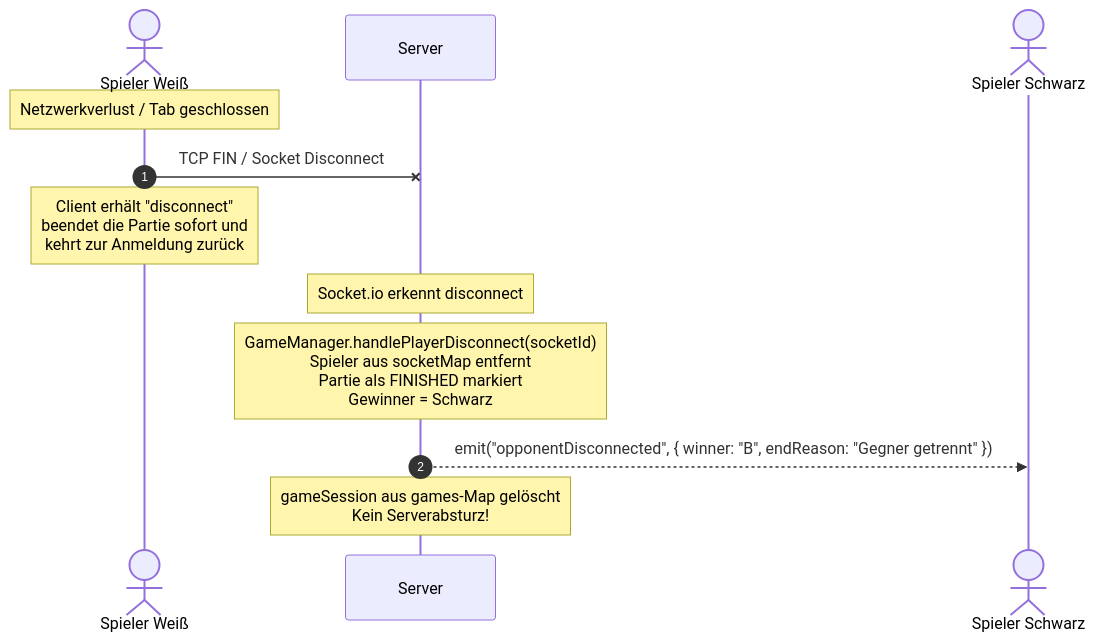
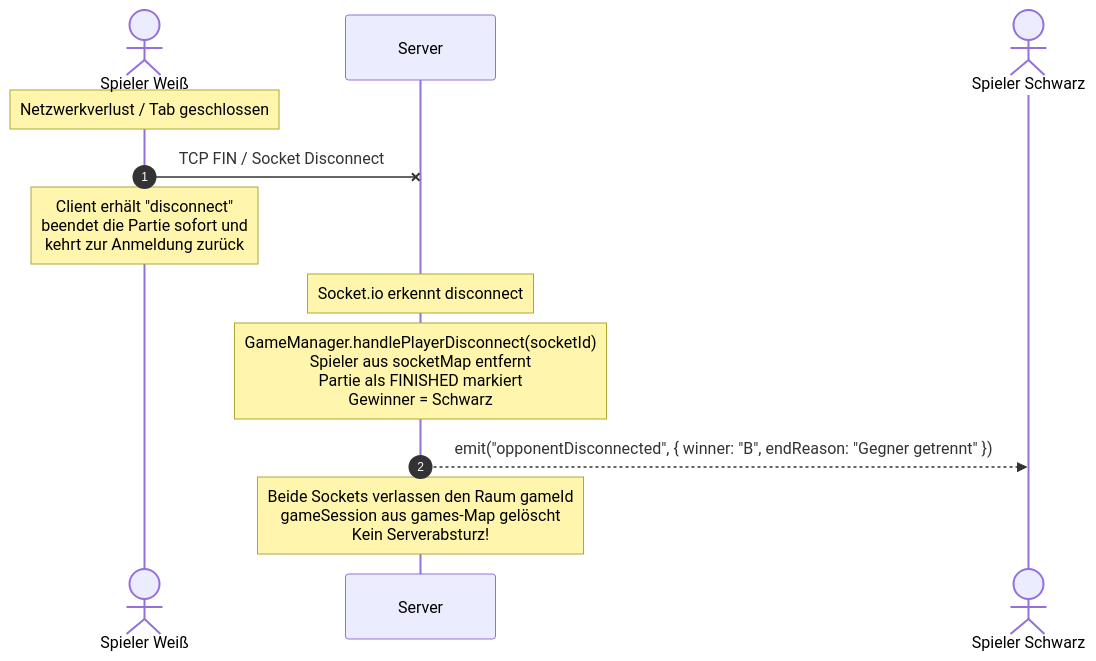
The eighth of 10 diagrams in Systemmodel.md (sventurbo/MuehleJS), drawn with Mermaid before and after one commit. The commit also changed other lines of this file and 7 other files, not shown here.

````diff
--- a/Systemmodel.md
+++ b/Systemmodel.md
@@ -386,15 +389,15 @@
 ```mermaid
 sequenceDiagram
     autonumber
     actor P1 as Spieler Weiß
     participant S as Server
     actor P2 as Spieler Schwarz
 
     Note over P1: Netzwerkverlust / Tab geschlossen
     P1-xS: TCP FIN / Socket Disconnect
     Note over P1: Client erhält "disconnect"<br/>beendet die Partie sofort und<br/>kehrt zur Anmeldung zurück
     Note over S: Socket.io erkennt disconnect
     Note over S: GameManager.handlePlayerDisconnect(socketId)<br/>Spieler aus socketMap entfernt<br/>Partie als FINISHED markiert<br/>Gewinner = Schwarz
     S-->>P2: emit("opponentDisconnected", { winner: "B", endReason: "Gegner getrennt" })
-    Note over S: gameSession aus games-Map gelöscht<br/>Kein Serverabsturz!
+    Note over S: Beide Sockets verlassen den Raum gameId<br/>gameSession aus games-Map gelöscht<br/>Kein Serverabsturz!
 ```
````
